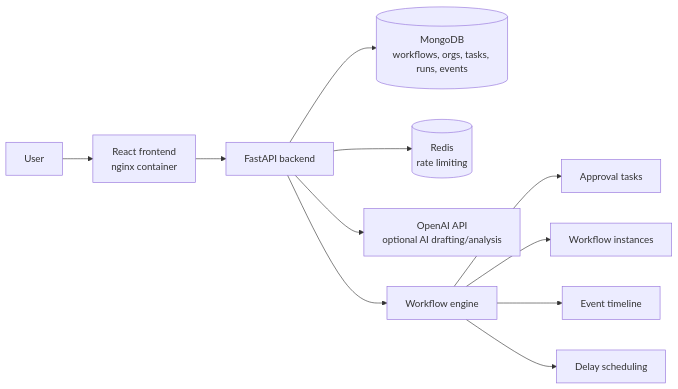
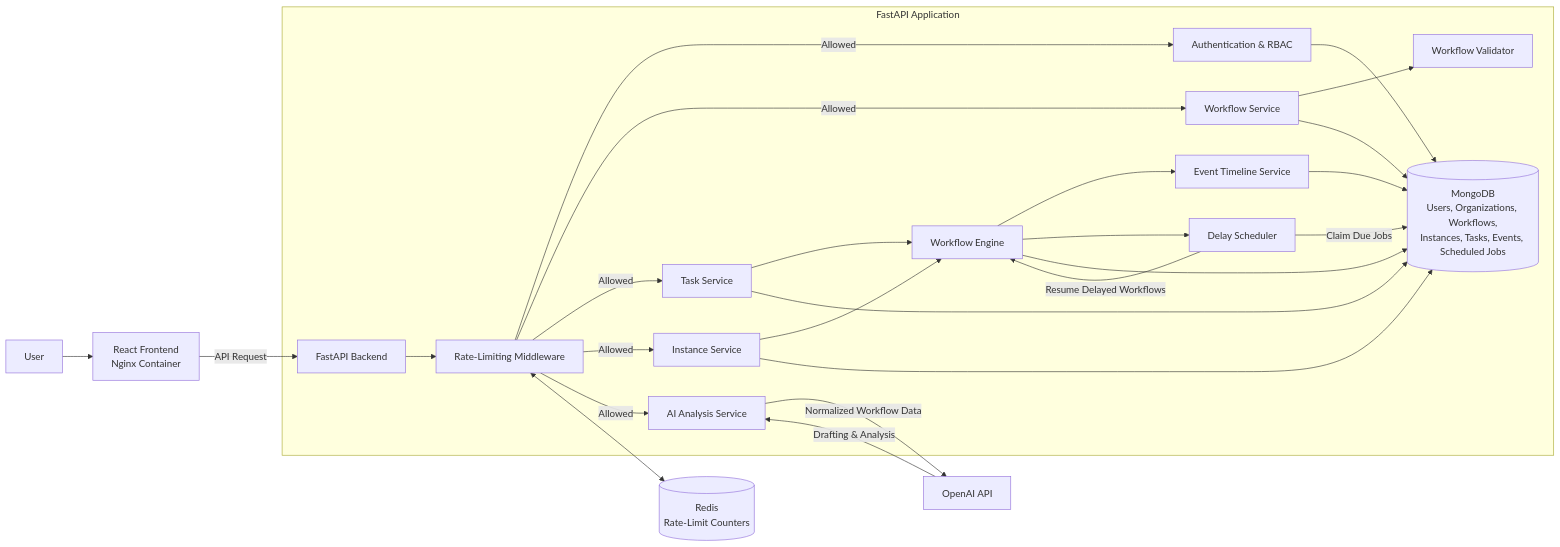
Before and after one commit to ErenKarakus1/AI-Assisted-Workflow-Builder: the diagram in README.md, drawn with Mermaid.

Commit message:
docs: expand architecture diagram

````diff
--- a/README.md
+++ b/README.md
@@ -24,15 +24,37 @@
 ```mermaid
 flowchart LR
-  User[User] --> Web[React frontend<br/>nginx container]
-  Web --> API[FastAPI backend]
+    User[User] --> Nginx[React Frontend<br/>Nginx Container]
 
-  API --> Mongo[(MongoDB<br/>workflows, orgs, tasks, runs, events)]
-  API --> Redis[(Redis<br/>rate limiting)]
-  API --> OpenAI[OpenAI API<br/>optional AI drafting/analysis]
+    Nginx -->|API Request| API[FastAPI Backend]
 
-  API --> Engine[Workflow engine]
-  Engine --> Tasks[Approval tasks]
-  Engine --> Runs[Workflow instances]
-  Engine --> Events[Event timeline]
-  Engine --> Delays[Delay scheduling]
+    subgraph Backend[FastAPI Application]
+        API --> RateLimit[Rate-Limiting Middleware]
+
+        RateLimit -->|Allowed| Auth[Authentication & RBAC]
+        RateLimit -->|Allowed| Workflows[Workflow Service]
+        RateLimit -->|Allowed| Tasks[Task Service]
+        RateLimit -->|Allowed| Instances[Instance Service]
+        RateLimit -->|Allowed| AIService[AI Analysis Service]
+
+        Workflows --> Validator[Workflow Validator]
+        Instances --> Engine[Workflow Engine]
+        Tasks --> Engine
+
+        Engine --> Events[Event Timeline Service]
+        Engine --> Scheduler[Delay Scheduler]
+        Scheduler -->|Claim Due Jobs| Mongo
+        Scheduler -->|Resume Delayed Workflows| Engine
+    end
+
+    RateLimit <--> Redis[(Redis<br/>Rate-Limit Counters)]
+
+    Auth --> Mongo[(MongoDB<br/>Users, Organizations, Workflows,<br/>Instances, Tasks, Events, Scheduled Jobs)]
+    Workflows --> Mongo
+    Tasks --> Mongo
+    Instances --> Mongo
+    Engine --> Mongo
+    Events --> Mongo
+
+    AIService -->|Normalized Workflow Data| OpenAI[OpenAI API]
+    OpenAI -->|Drafting & Analysis| AIService
 ```
````
